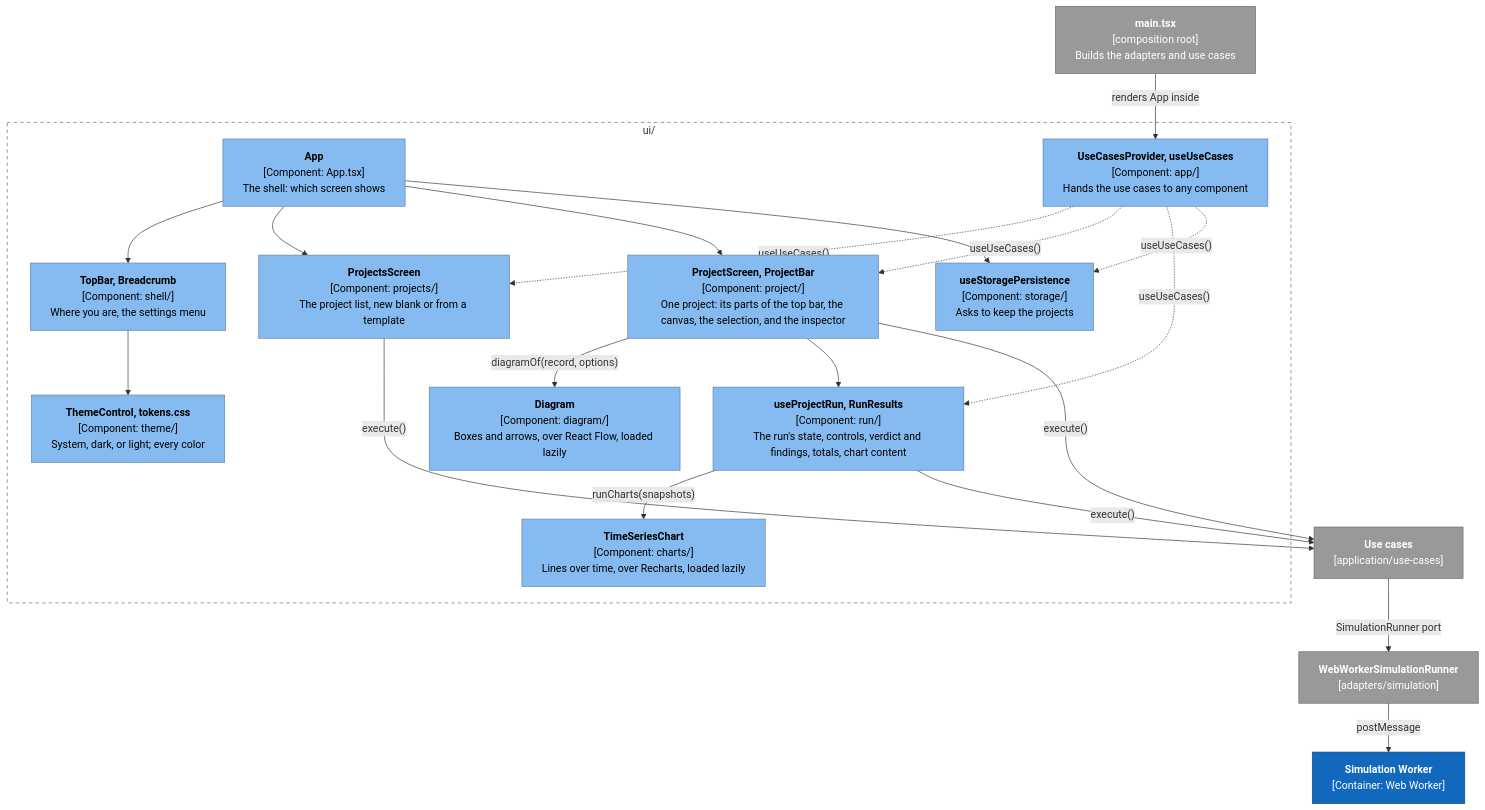
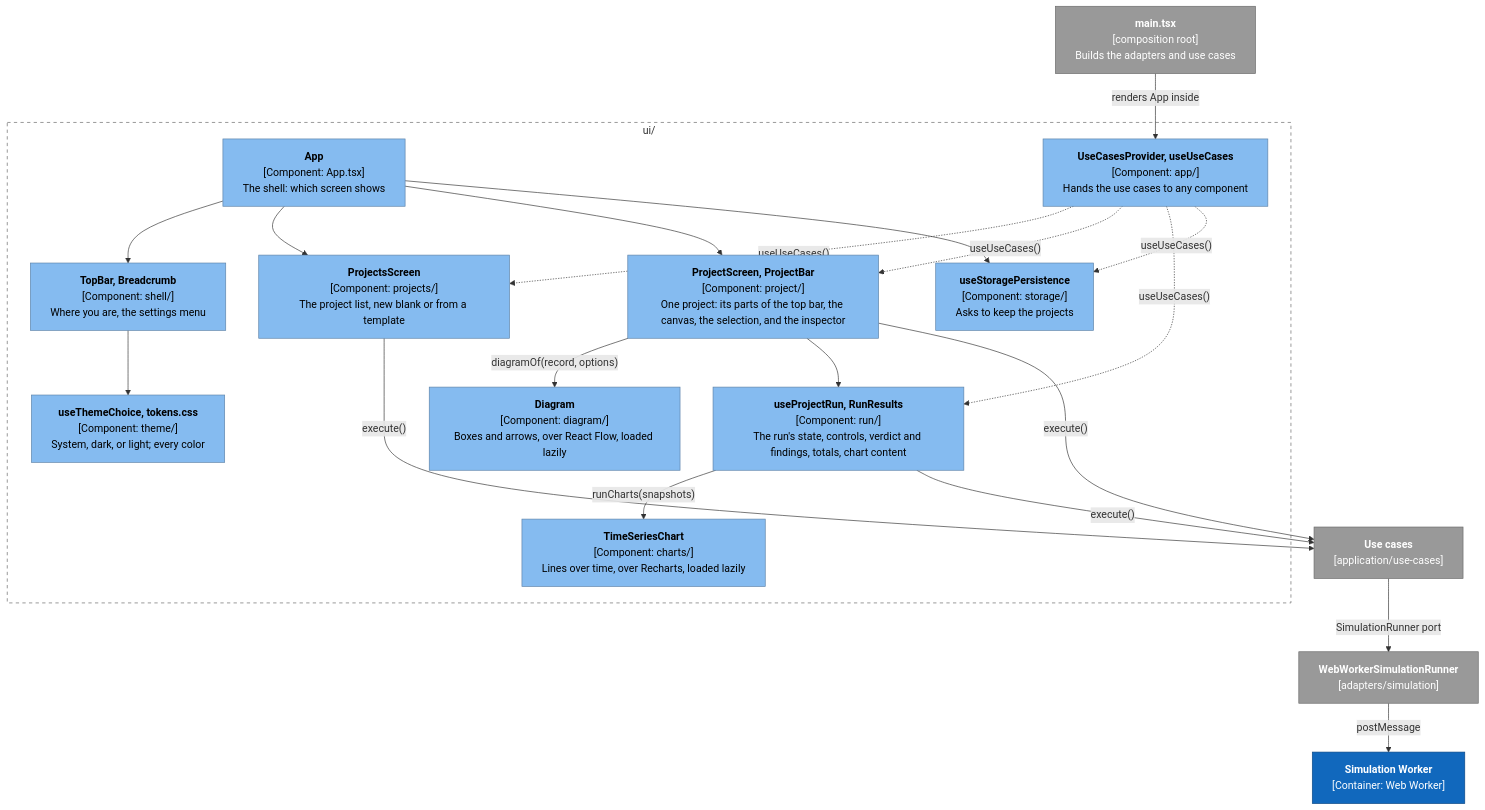
The first of 3 diagrams in docs/architecture/user-interface.md (alanbickel/wind-tunnel), drawn with Mermaid before and after one commit. The commit also changed 5 other files, not shown here.

````diff
--- a/docs/architecture/user-interface.md
+++ b/docs/architecture/user-interface.md
@@ -11,36 +11,36 @@
 ```mermaid
 %%{init: {"flowchart": {"wrappingWidth": 320}}}%%
 flowchart TB
     main["<b>main.tsx</b><br/>[composition root]<br/>Builds the adapters and use cases"]:::external
     subgraph ui["ui/"]
         app["<b>App</b><br/>[Component: App.tsx]<br/>The shell: which screen shows"]:::component
         shell["<b>TopBar, Breadcrumb</b><br/>[Component: shell/]<br/>Where you are, the settings menu"]:::component
         provider["<b>UseCasesProvider, useUseCases</b><br/>[Component: app/]<br/>Hands the use cases to any component"]:::component
         projects["<b>ProjectsScreen</b><br/>[Component: projects/]<br/>The project list, new blank or from a template"]:::component
         project["<b>ProjectScreen, ProjectBar</b><br/>[Component: project/]<br/>One project: its parts of the top bar, the canvas, the selection, and the inspector"]:::component
         run["<b>useProjectRun, RunResults</b><br/>[Component: run/]<br/>The run's state, controls, verdict and findings, totals, chart content"]:::component
         storage["<b>useStoragePersistence</b><br/>[Component: storage/]<br/>Asks to keep the projects"]:::component
-        theme["<b>ThemeControl, tokens.css</b><br/>[Component: theme/]<br/>System, dark, or light; every color"]:::component
+        theme["<b>useThemeChoice, tokens.css</b><br/>[Component: theme/]<br/>System, dark, or light; every color"]:::component
         diagram["<b>Diagram</b><br/>[Component: diagram/]<br/>Boxes and arrows, over React Flow, loaded lazily"]:::component
         charts["<b>TimeSeriesChart</b><br/>[Component: charts/]<br/>Lines over time, over Recharts, loaded lazily"]:::component
     end
     uc["<b>Use cases</b><br/>[application/use-cases]"]:::external
     runner["<b>WebWorkerSimulationRunner</b><br/>[adapters/simulation]"]:::external
     worker["<b>Simulation Worker</b><br/>[Container: Web Worker]"]:::system
     main -->|"renders App inside"| provider
     provider -.->|"useUseCases()"| projects & project & run & storage
     app --> shell & projects & project & storage
     shell --> theme
     project -->|"diagramOf(record, options)"| diagram
     project --> run
     run -->|"runCharts(snapshots)"| charts
     projects & project & run -->|"execute()"| uc
     uc -->|"SimulationRunner port"| runner
     runner -->|"postMessage"| worker
     style ui fill:none,stroke:#666,stroke-dasharray:5 5
     classDef person fill:#08427b,stroke:#052e56,color:#fff
     classDef system fill:#1168bd,stroke:#0b4884,color:#fff
     classDef component fill:#85bbf0,stroke:#5d82a8,color:#000
     classDef external fill:#999,stroke:#6b6b6b,color:#fff
     classDef planned fill:#fff,stroke:#1168bd,color:#1168bd,stroke-dasharray:5 5
 ```
````
